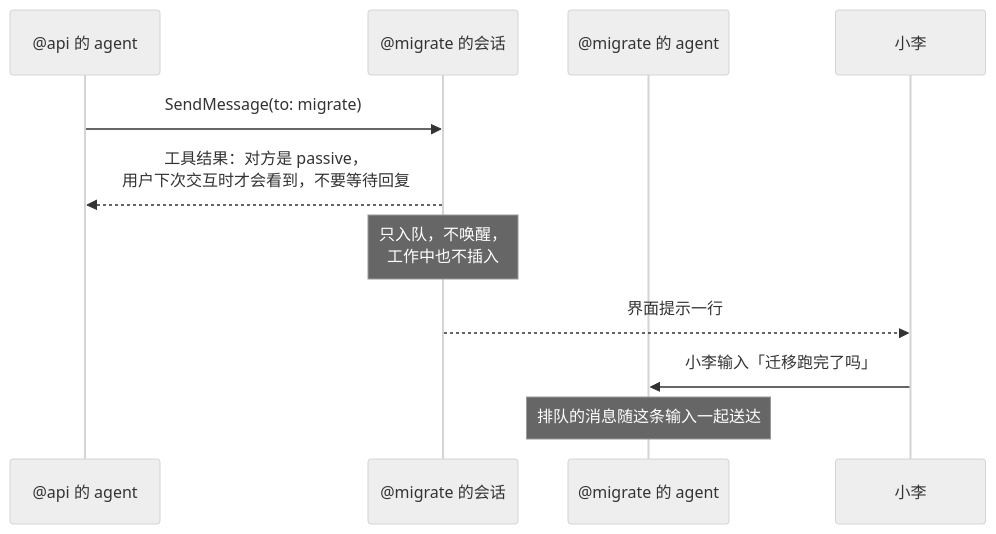
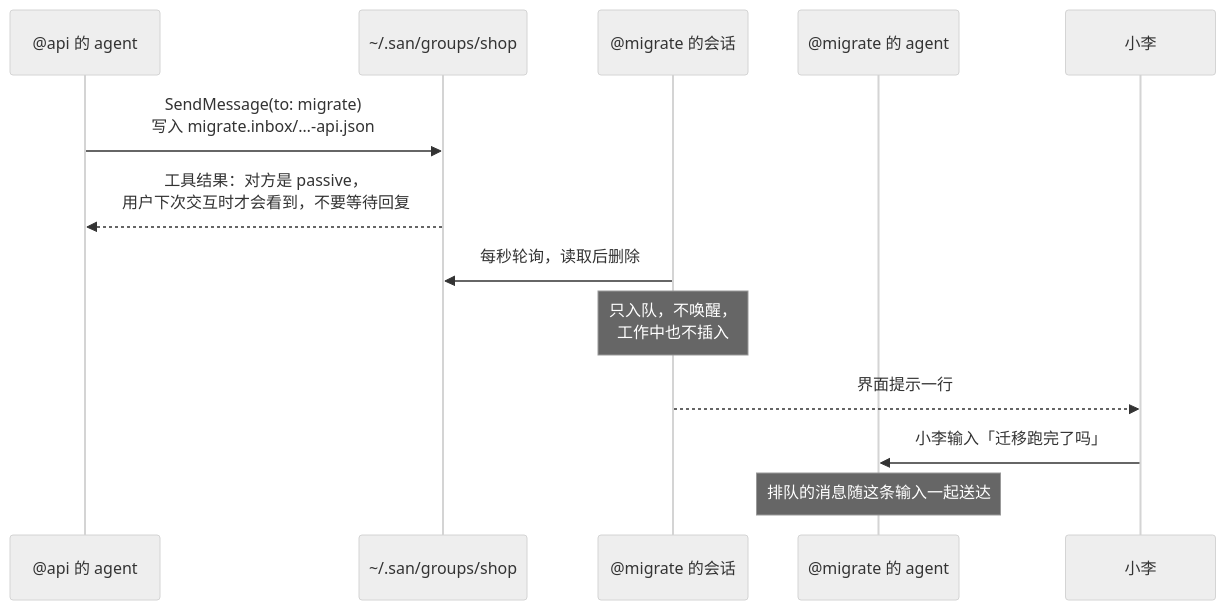
Before and after one commit to genai-io/san: the second of 5 diagrams in docs/design/proposals/0003-session-groups.zh.md, drawn with Mermaid (neutral theme). The commit also changed other lines of this file and 1 other file, not shown here.

First line of the commit message:
docs(design): PROP-0003 — clearer passive and roster diagrams

````diff
--- a/docs/design/proposals/0003-session-groups.zh.md
+++ b/docs/design/proposals/0003-session-groups.zh.md
@@ -141,13 +141,15 @@
 ```mermaid
 sequenceDiagram
     participant A as @api 的 agent
+    participant FS as ~/.san/groups/shop
     participant M as @migrate 的会话
     participant MA as @migrate 的 agent
     participant L as 小李
-    A->>M: SendMessage(to: migrate)
-    M-->>A: 工具结果：对方是 passive，<br/>用户下次交互时才会看到，不要等待回复
+    A->>FS: SendMessage(to: migrate)<br/>写入 migrate.inbox/…-api.json
+    FS-->>A: 工具结果：对方是 passive，<br/>用户下次交互时才会看到，不要等待回复
+    M->>FS: 每秒轮询，读取后删除
     Note over M: 只入队，不唤醒，<br/>工作中也不插入
     M-->>L: 界面提示一行
     L->>MA: 小李输入「迁移跑完了吗」
     Note over MA: 排队的消息随这条输入一起送达
 ```
````
